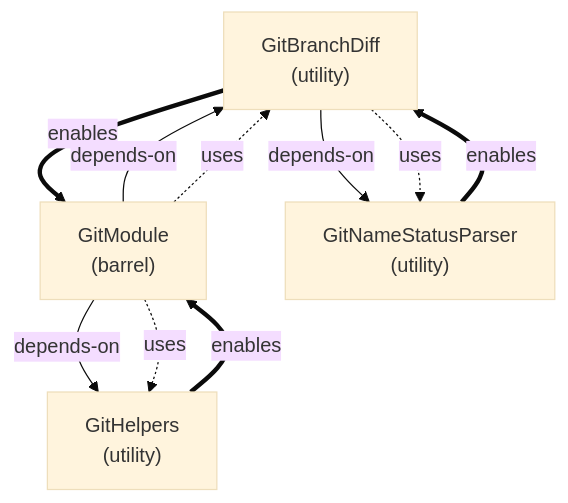
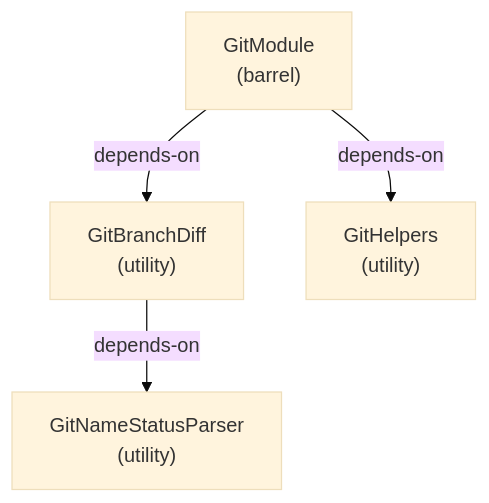
Before and after one commit to libar-dev/architect: the tenth of 23 diagrams in docs-live/ARCHITECTURE.md, drawn with Mermaid (base theme). The commit also changed other lines of this file and 4 other files, not shown here.

First line of the commit message:
WS-3 Session 16 (D-19): forward-only per-group architecture detail diagrams

````diff
--- a/docs-live/ARCHITECTURE.md
+++ b/docs-live/ARCHITECTURE.md
@@ -217,16 +185,10 @@
 ```mermaid
 graph TD
   gitbranchdiff["GitBranchDiff<br/>(utility)"]
   githelpers["GitHelpers<br/>(utility)"]
   gitmodule["GitModule<br/>(barrel)"]
   gitnamestatusparser["GitNameStatusParser<br/>(utility)"]
-  gitbranchdiff ==>|enables| gitmodule
   gitbranchdiff -->|depends-on| gitnamestatusparser
-  gitbranchdiff -.->|uses| gitnamestatusparser
-  githelpers ==>|enables| gitmodule
   gitmodule -->|depends-on| gitbranchdiff
-  gitmodule -.->|uses| gitbranchdiff
   gitmodule -->|depends-on| githelpers
-  gitmodule -.->|uses| githelpers
-  gitnamestatusparser ==>|enables| gitbranchdiff
 ```
````
